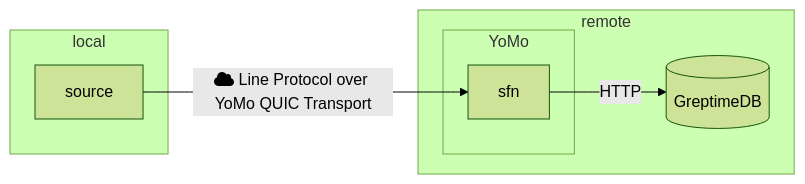
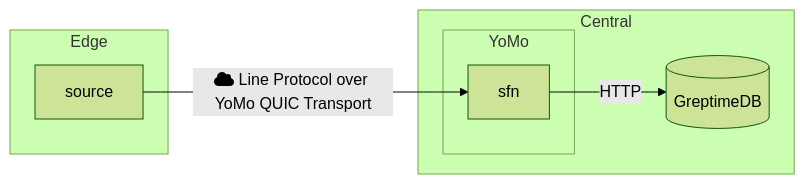
One commit to yomorun/GreptimeDB-YoMo changed the diagram in README.md. Above: the diagram before and after it, drawn with Mermaid (forest theme).

Commit message:
local/remote -> edge/central in Readme

````diff
--- a/README.md
+++ b/README.md
@@ -10,21 +10,21 @@
 ```mermaid
 flowchart LR
     greptimedb[(GreptimeDB)]
 
     subgraph yomo[YoMo]
       sfn
     end
 
-    subgraph local
+    subgraph Edge
       source
     end
 
-    subgraph remote
+    subgraph Central
       yomo
       greptimedb
     end
 
     source --> |fa:fa-cloud Line Protocol over YoMo QUIC Transport| sfn
     sfn --> |HTTP| greptimedb
 
 ```
````
